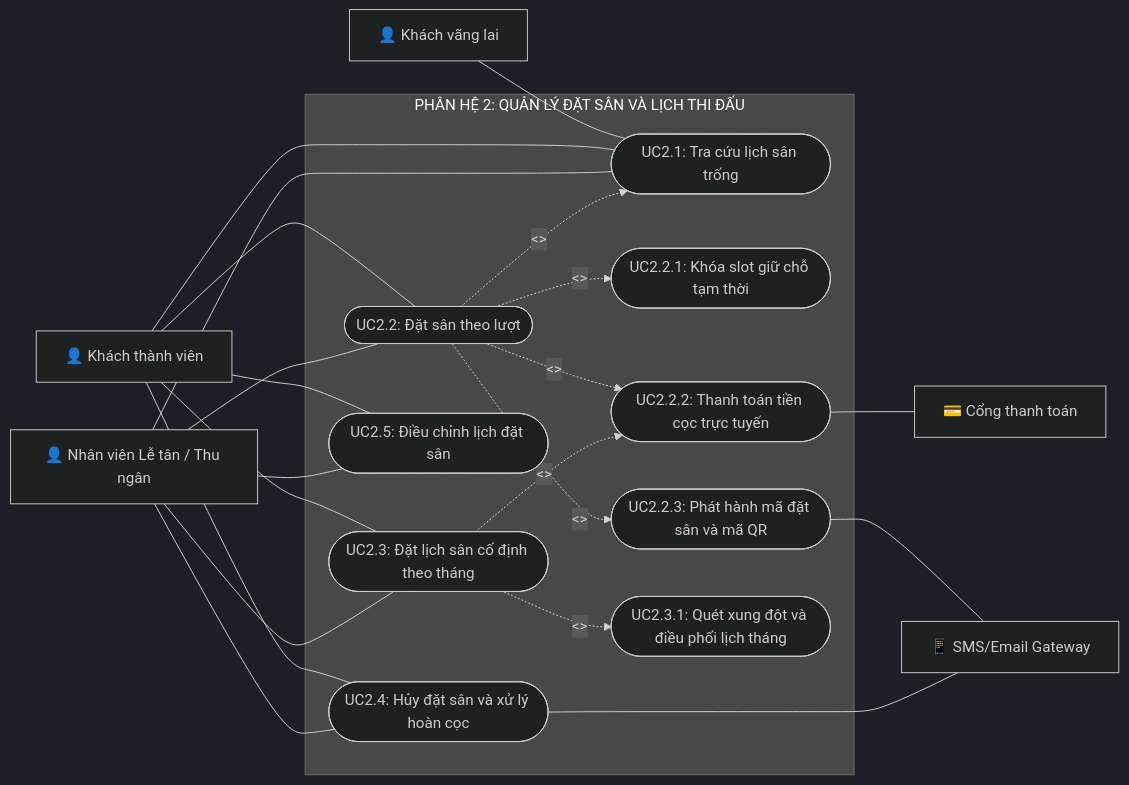
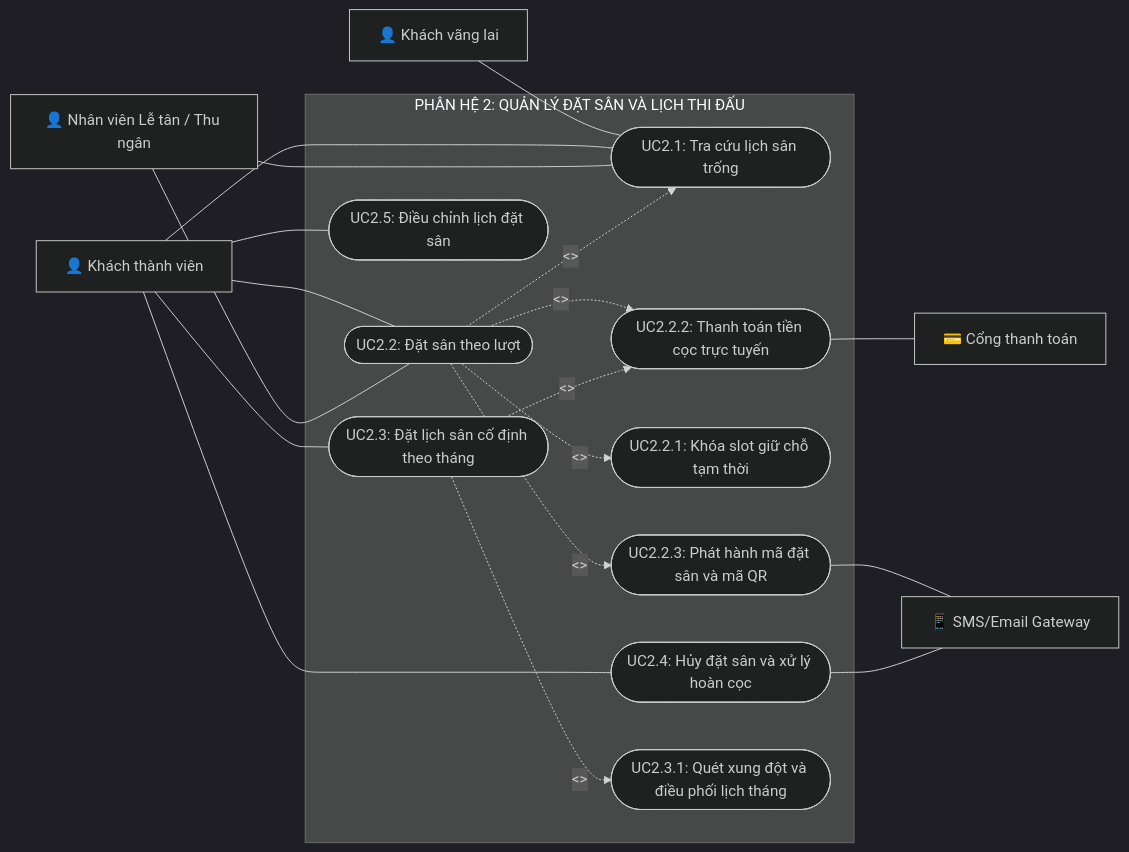
The fourth of 7 diagrams in BTH/BTH3_UsecaseDiagram/BTH3_UsecaseDiagram.md (nphat-code/DoAn-OOAD-SGU), drawn with Mermaid (dark theme) before and after one commit. The commit also changed other lines of this file, not shown here.

````diff
--- a/BTH/BTH3_UsecaseDiagram/BTH3_UsecaseDiagram.md
+++ b/BTH/BTH3_UsecaseDiagram/BTH3_UsecaseDiagram.md
@@ -153,48 +153,45 @@
 ```mermaid
 flowchart LR
     Guest["👤 Khách vãng lai"]
     Customer["👤 Khách thành viên"]
     Staff["👤 Nhân viên Lễ tân / Thu ngân"]
     PaymentGW["💳 Cổng thanh toán"]
     NotifyGW["📱 SMS/Email Gateway"]
 
     subgraph Subsystem2 ["PHÂN HỆ 2: QUẢN LÝ ĐẶT SÂN VÀ LỊCH THI ĐẤU"]
         UC21(["UC2.1: Tra cứu lịch sân trống"])
         UC22(["UC2.2: Đặt sân theo lượt"])
         UC23(["UC2.3: Đặt lịch sân cố định theo tháng"])
         UC24(["UC2.4: Hủy đặt sân và xử lý hoàn cọc"])
         UC25(["UC2.5: Điều chỉnh lịch đặt sân"])
 
         %% Supporting & Included Use Cases
         UC_Lock(["UC2.2.1: Khóa slot giữ chỗ tạm thời"])
         UC_Deposit(["UC2.2.2: Thanh toán tiền cọc trực tuyến"])
         UC_GenQR(["UC2.2.3: Phát hành mã đặt sân và mã QR"])
         UC_CheckConflict(["UC2.3.1: Quét xung đột và điều phối lịch tháng"])
     end
 
     Guest --- UC21
     Customer --- UC21
     Customer --- UC22
     Customer --- UC23
     Customer --- UC24
     Customer --- UC25
 
     Staff --- UC21
     Staff --- UC22
-    Staff --- UC23
-    Staff --- UC24
-    Staff --- UC25
 
     %% Includes & Extends
     UC22 -.->|<<include>>| UC21
     UC22 -.->|<<include>>| UC_Lock
     UC22 -.->|<<include>>| UC_Deposit
     UC22 -.->|<<include>>| UC_GenQR
 
     UC23 -.->|<<include>>| UC_CheckConflict
     UC23 -.->|<<include>>| UC_Deposit
 
     UC_Deposit --- PaymentGW
     UC_GenQR --- NotifyGW
     UC24 --- NotifyGW
 ```
````
